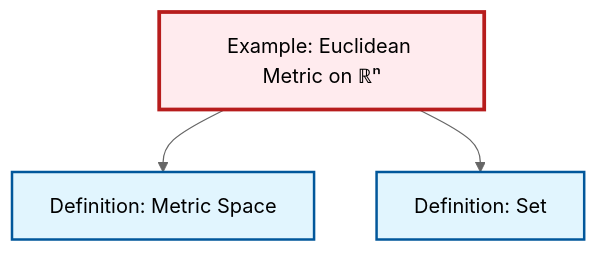
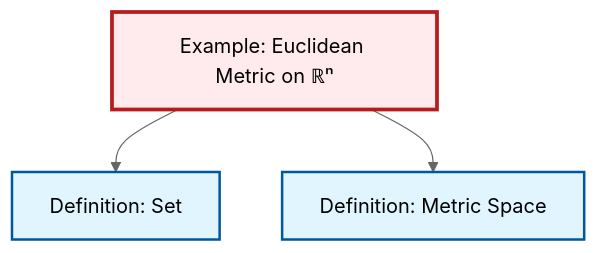
Before and after one commit to RK0429/ModernMath: the diagram in content/ja/geometry/ex-euclidean-metric.qmd, drawn with Mermaid (neutral theme). The commit also changed other lines of this file and 634 other files, not shown here.

````diff
--- a/content/ja/geometry/ex-euclidean-metric.qmd
+++ b/content/ja/geometry/ex-euclidean-metric.qmd
@@ -52,17 +52,17 @@
 ```{mermaid}
 %%| fig-cap: "Local dependency graph"
 graph TD
     classDef definition fill:#e1f5fe,stroke:#01579b,stroke-width:2px
     classDef theorem fill:#f3e5f5,stroke:#4a148c,stroke-width:2px
     classDef axiom fill:#fff3e0,stroke:#e65100,stroke-width:2px
     classDef example fill:#e8f5e9,stroke:#1b5e20,stroke-width:2px
     classDef current fill:#ffebee,stroke:#b71c1c,stroke-width:3px
     ex-euclidean-metric["Example: Euclidean Metric on ℝⁿ"]:::example
     def-metric-space["Definition: Metric Space"]:::definition
     def-set["Definition: Set"]:::definition
+    ex-euclidean-metric --> def-set
     ex-euclidean-metric --> def-metric-space
-    ex-euclidean-metric --> def-set
     class ex-euclidean-metric current
     click def-metric-space "def-metric-space.html" "Definition: Metric Spaceへ"
     click def-set "def-set.html" "Definition: Setへ"
 ```
````
